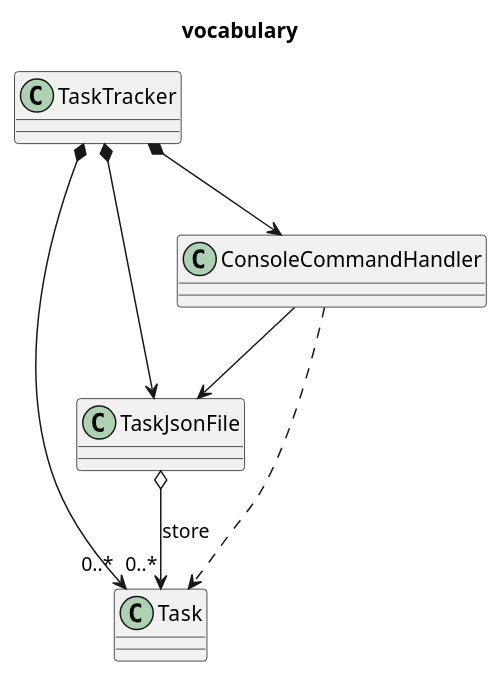
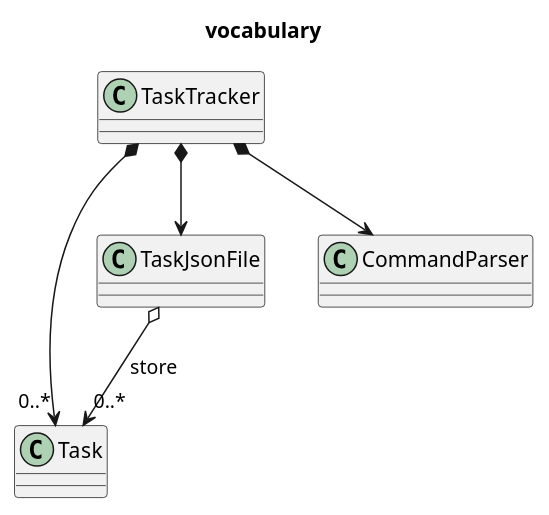
Before and after one commit to franpaulinoinfante/CLI-TaskTracker: the first of 2 diagrams in Docs/DomainModel.plantuml, drawn with PlantUML. The commit also changed 1 other file, not shown here.

```diff
--- a/Docs/DomainModel.plantuml
+++ b/Docs/DomainModel.plantuml
@@ -1,12 +1,9 @@
 @startuml Domain Model
 title vocabulary
 
 TaskTracker *--> "0..*" Task
 TaskTracker *--> TaskJsonFile 
-TaskTracker *--> ConsoleCommandHandler
-
-ConsoleCommandHandler ..> Task
-ConsoleCommandHandler --> TaskJsonFile
+TaskTracker *--> CommandParser
 
 TaskJsonFile o--> "0..*" Task : store
 @enduml
```
